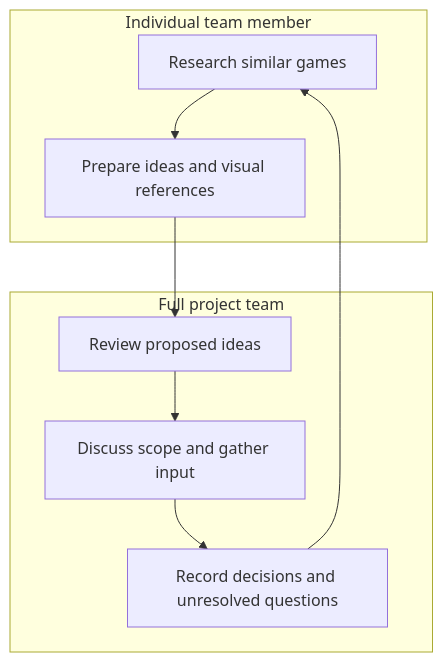
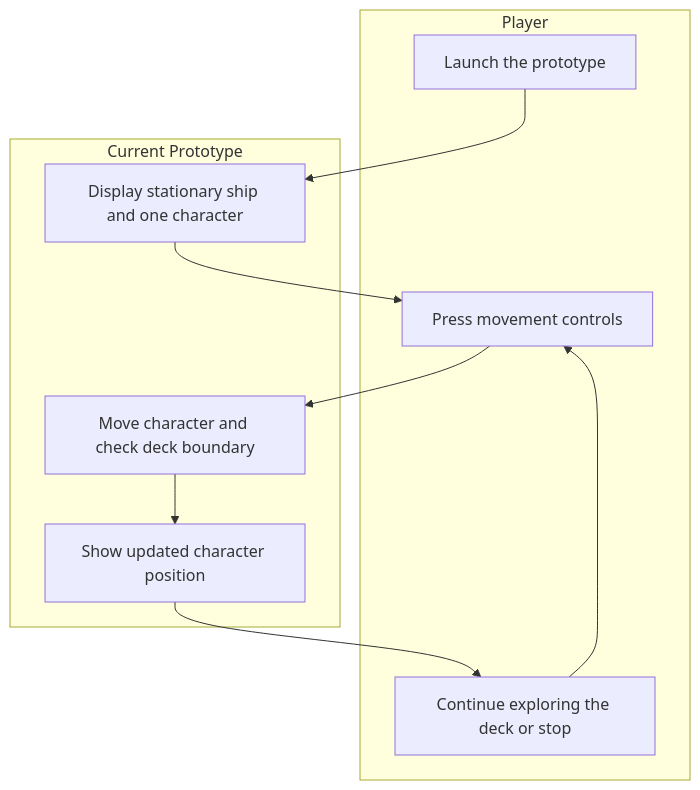
One commit to whitneyakred/gaming changed the first of 3 diagrams in docs/requirements/vision-and-scope.md. Above: the diagram before and after it, drawn with Mermaid. The commit also changed other lines of this file, not shown here.

First line of the commit message:
Revise project details and update game scope

````diff
--- a/docs/requirements/vision-and-scope.md
+++ b/docs/requirements/vision-and-scope.md
@@ -35,12 +38,19 @@
 ```mermaid
 flowchart TD
-  subgraph Member[Individual team member]
-    A[Research similar games] --> B[Prepare ideas and visual references]
+  subgraph Player
+    A[Launch the prototype]
+    C[Press movement controls]
+    F[Continue exploring the deck or stop]
   end
-  subgraph Team[Full project team]
-    C[Review proposed ideas] --> D[Discuss scope and gather input]
-    D --> E[Record decisions and unresolved questions]
+  subgraph Game[Current Prototype]
+    B[Display stationary ship and one character]
+    D[Move character and check deck boundary]
+    E[Show updated character position]
   end
+  A --> B
   B --> C
-  E --> A
+  C --> D
+  D --> E
+  E --> F
+  F --> C
 ```
````
